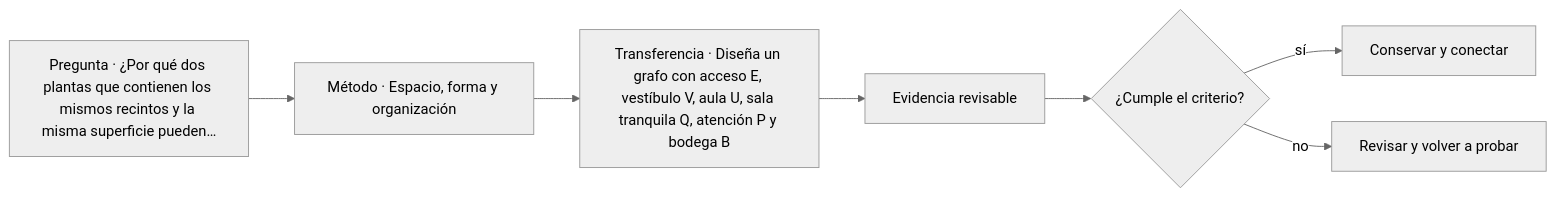
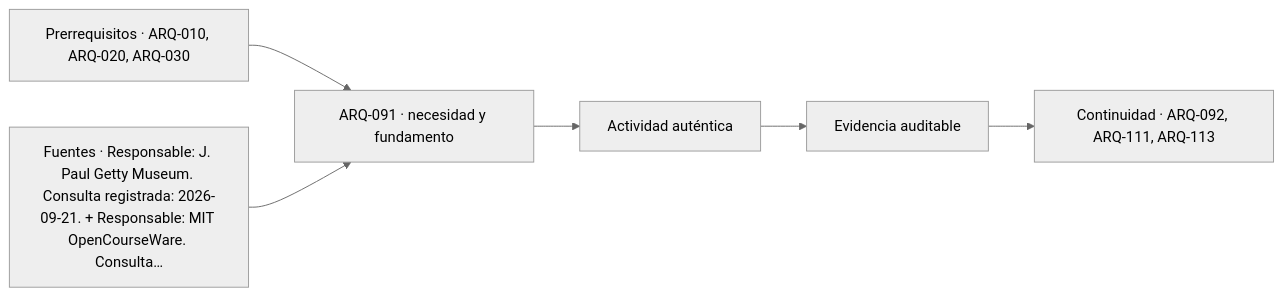
The diagram in classes/parte-10/ARQ-091.md (vladimiracunadev-create/architecture-built-environment-learning-program), drawn with Mermaid (neutral theme) before and after one commit. The commit also changed other lines of this file and 761 other files, not shown here.

````diff
--- a/classes/parte-10/ARQ-091.md
+++ b/classes/parte-10/ARQ-091.md
@@ -97,9 +109,8 @@
 ```mermaid
 flowchart LR
-    Q["Pregunta · ¿Por qué dos plantas que contienen los mismos recintos y la misma superficie pueden…"] --> M["Método · Espacio, forma y organización"]
-    M --> P["Transferencia · Diseña un grafo con acceso E, vestíbulo V, aula U, sala tranquila Q, atención P y bodega B"]
-    P --> E["Evidencia revisable"]
-    E --> C{"¿Cumple el criterio?"}
-    C -->|sí| T["Conservar y conectar"]
-    C -->|no| R["Revisar y volver a probar"]
+    A["Prerrequisitos · ARQ-010, ARQ-020, ARQ-030"] --> B["ARQ-091 · necesidad y fundamento"]
+    S["Fuentes · Responsable: J. Paul Getty Museum. Consulta registrada: 2026-09-21. + Responsable: MIT OpenCourseWare. Consulta…"] --> B
+    B --> C["Actividad auténtica"]
+    C --> D["Evidencia auditable"]
+    D --> E["Continuidad · ARQ-092, ARQ-111, ARQ-113"]
 ```
````
